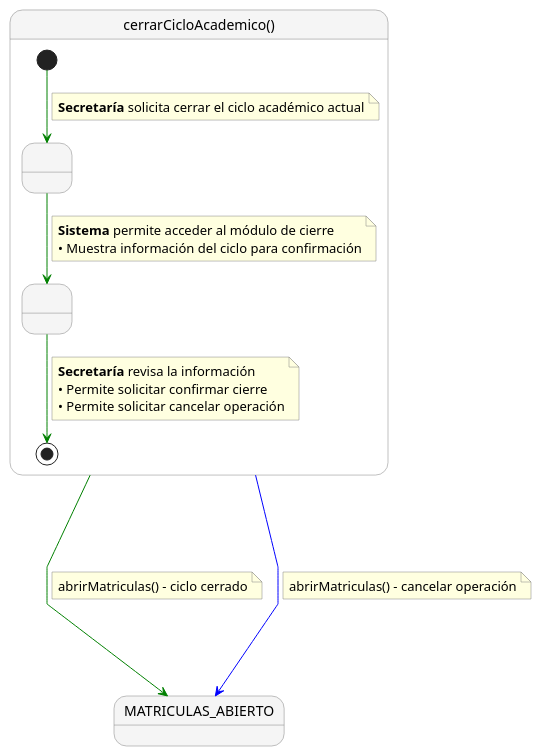
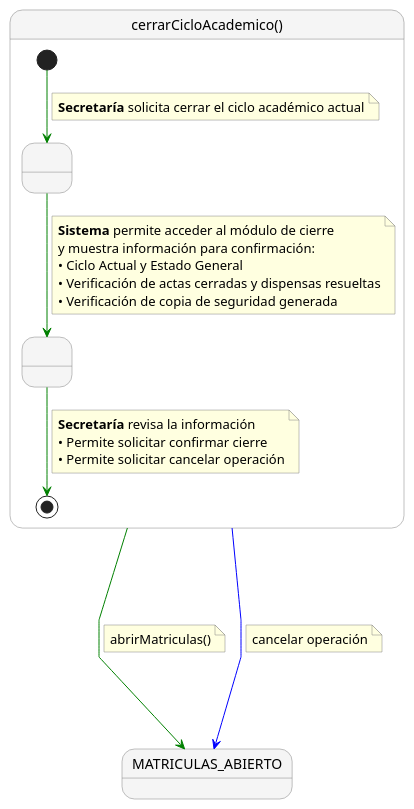
One commit to enmabry/25-26-IdSw1-SdR changed the diagram in documents/CasosDeUso/DetalladoCasosDeUso/Secretaria/cerrarCicloAcademico.puml. Above: the diagram before and after it, drawn with PlantUML. The commit also changed 72 other files, not shown here.

Commit message:
Cambios cruciales en los casos de uso, su detallado, y se agrego un diagrama de contexto en formato "dashboard"

```diff
--- a/documents/CasosDeUso/DetalladoCasosDeUso/Secretaria/cerrarCicloAcademico.puml
+++ b/documents/CasosDeUso/DetalladoCasosDeUso/Secretaria/cerrarCicloAcademico.puml
@@ -1,45 +1,48 @@
 @startuml
 skinparam nodesep 60
 skinparam ranksep 60
 skinparam linetype polyline
 skinparam NoteBackgroundColor lightyellow
 skinparam NoteBorderColor gray
 skinparam StateBackgroundColor #F5F5F5
 skinparam StateBorderColor gray
 
 state "cerrarCicloAcademico()" as cerrarCicloAcademico {
    
     state " " as Paso1
     state " " as Paso2
    
     [*] -[#green]-> Paso1
     note on link
       <b>Secretaría</b> solicita cerrar el ciclo académico actual
     end note
    
     Paso1 -[#green]-> Paso2
     note on link
       <b>Sistema</b> permite acceder al módulo de cierre
-      • Muestra información del ciclo para confirmación
+      y muestra información para confirmación:
+      • Ciclo Actual y Estado General
+      • Verificación de actas cerradas y dispensas resueltas
+      • Verificación de copia de seguridad generada
     end note
    
     Paso2 -[#green]-> [*]
     note on link
       <b>Secretaría</b> revisa la información
       • Permite solicitar confirmar cierre
       • Permite solicitar cancelar operación
     end note
 }
 
 state "MATRICULAS_ABIERTO" as MATRICULAS_ABIERTO
 
 cerrarCicloAcademico -[#green]---> MATRICULAS_ABIERTO
 note right on link
-  abrirMatriculas() - ciclo cerrado
+  abrirMatriculas()
 end note
 
 cerrarCicloAcademico -[#blue]---> MATRICULAS_ABIERTO
 note right on link
-  abrirMatriculas() - cancelar operación
+  cancelar operación
 end note
 @enduml
```
